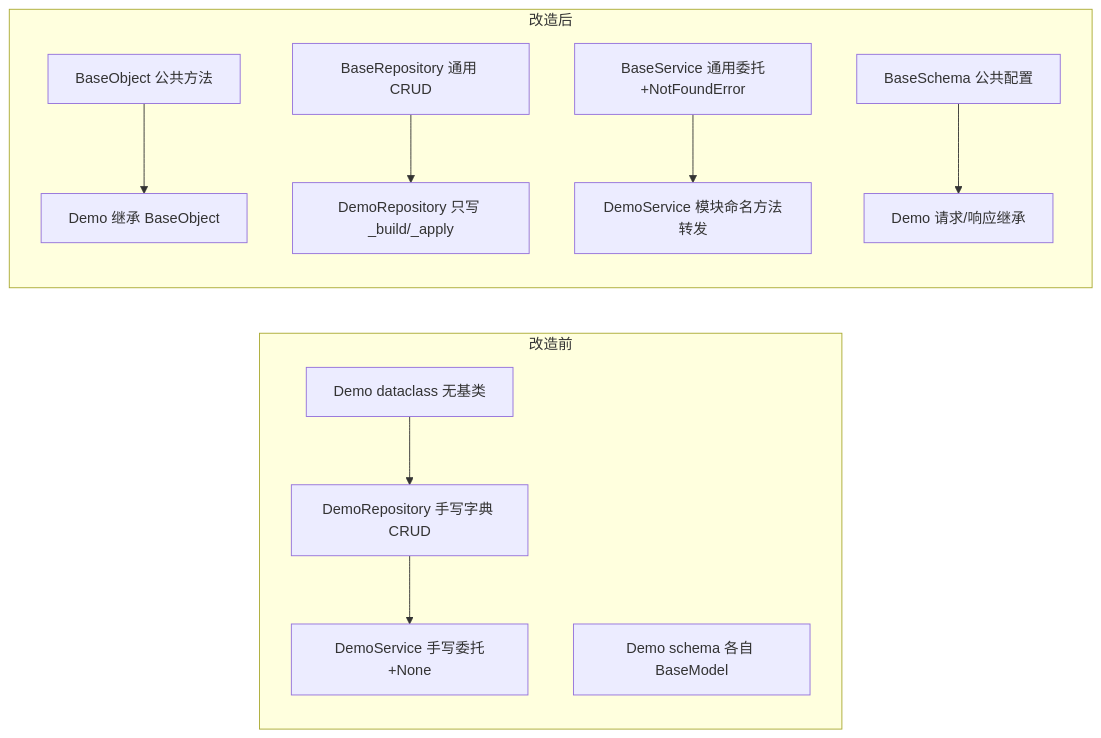
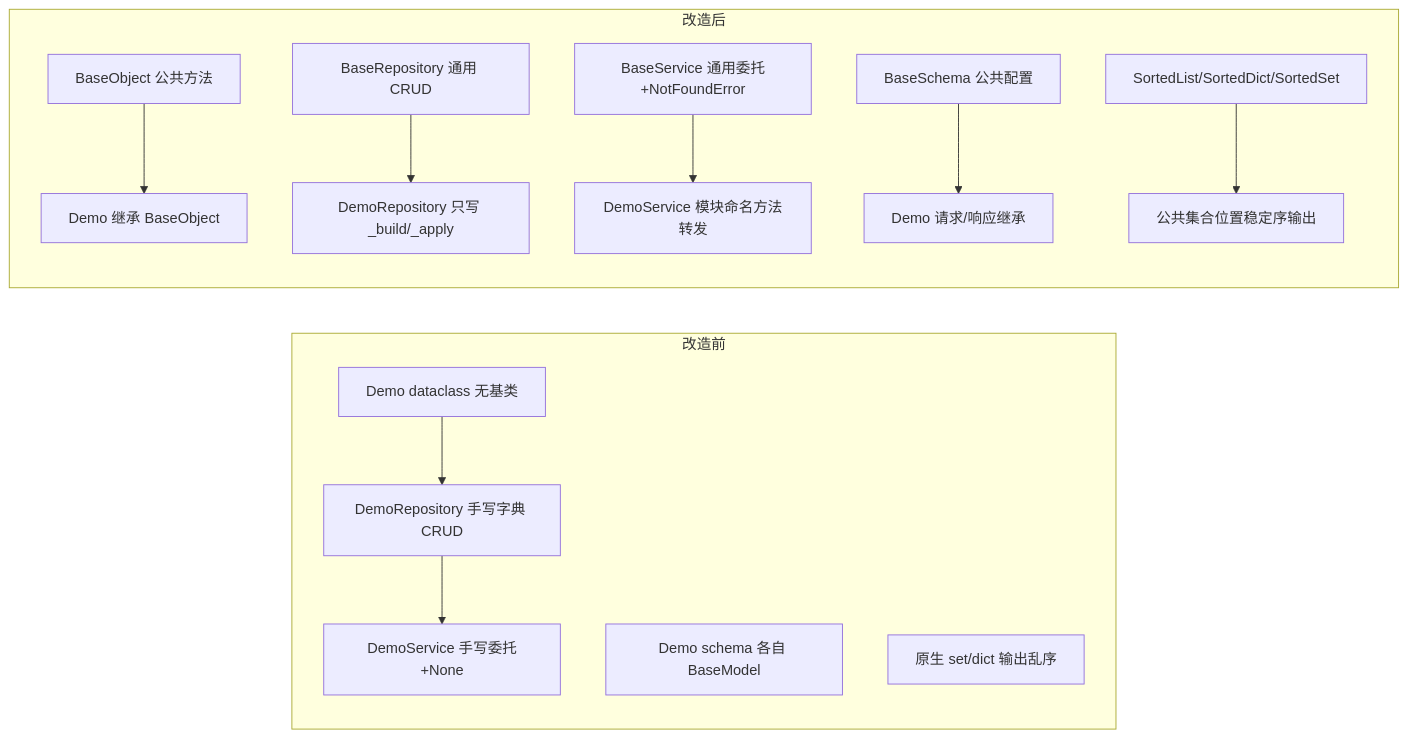
The diagram in bms文档/项目/01_项目骨架/任务/01_工程骨架_03_backend分层目录与职责/01_工程骨架_03_backend分层目录与职责_01_基础类/设计/01_详细设计_01_基础类.md (minjian123/basic-management-system), drawn with Mermaid before and after one commit. The commit also changed other lines of this file, not shown here.

````diff
--- a/bms文档/项目/01_项目骨架/任务/01_工程骨架_03_backend分层目录与职责/01_工程骨架_03_backend分层目录与职责_01_基础类/设计/01_详细设计_01_基础类.md
+++ b/bms文档/项目/01_项目骨架/任务/01_工程骨架_03_backend分层目录与职责/01_工程骨架_03_backend分层目录与职责_01_基础类/设计/01_详细设计_01_基础类.md
@@ -146,14 +187,16 @@
 ```mermaid
 flowchart LR
     subgraph 改造前
         A0[Demo dataclass 无基类] --> A1[DemoRepository 手写字典 CRUD]
         A1 --> A2[DemoService 手写委托+None]
         A3[Demo schema 各自 BaseModel]
+        A4[原生 set/dict 输出乱序]
     end
     subgraph 改造后
         B0[BaseObject 公共方法] --> B1[Demo 继承 BaseObject]
         B2[BaseRepository 通用 CRUD] --> B3[DemoRepository 只写 _build/_apply]
         B4[BaseService 通用委托+NotFoundError] --> B5[DemoService 模块命名方法转发]
         B6[BaseSchema 公共配置] --> B7[Demo 请求/响应继承]
+        B8[SortedList/SortedDict/SortedSet] --> B9[公共集合位置稳定序输出]
     end
 ```
````
